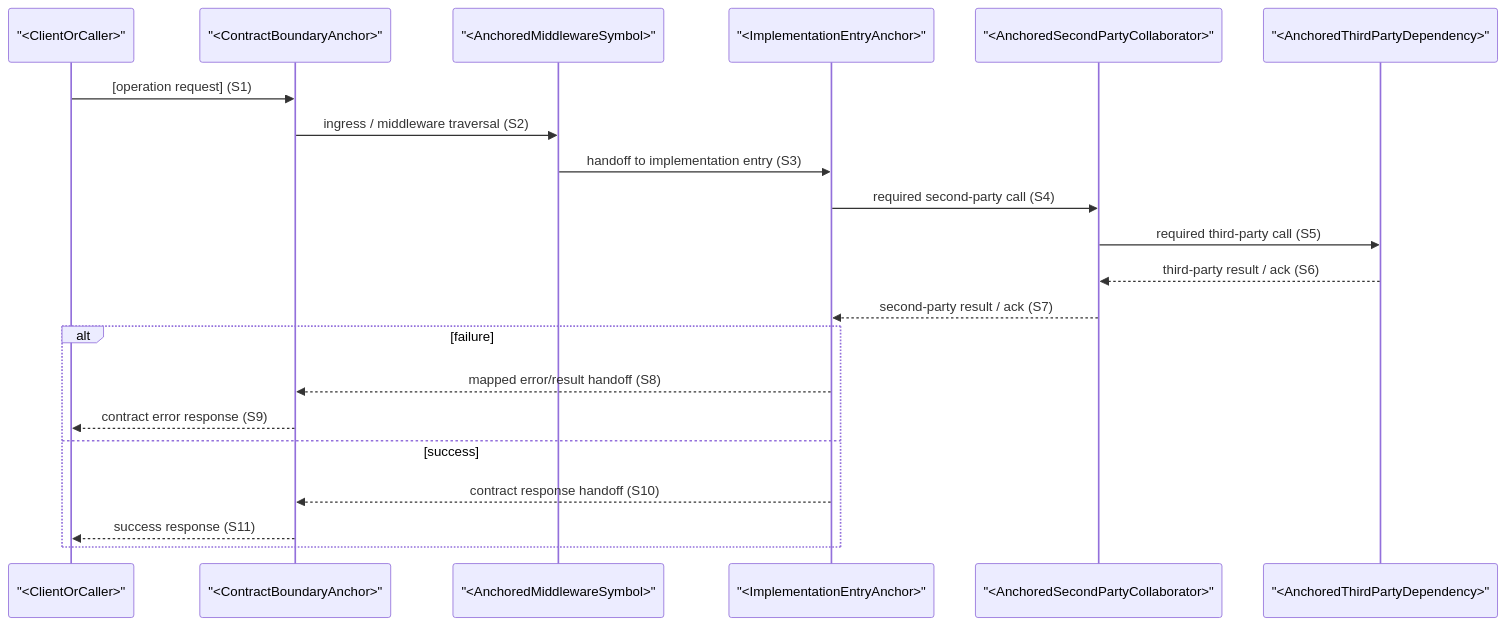
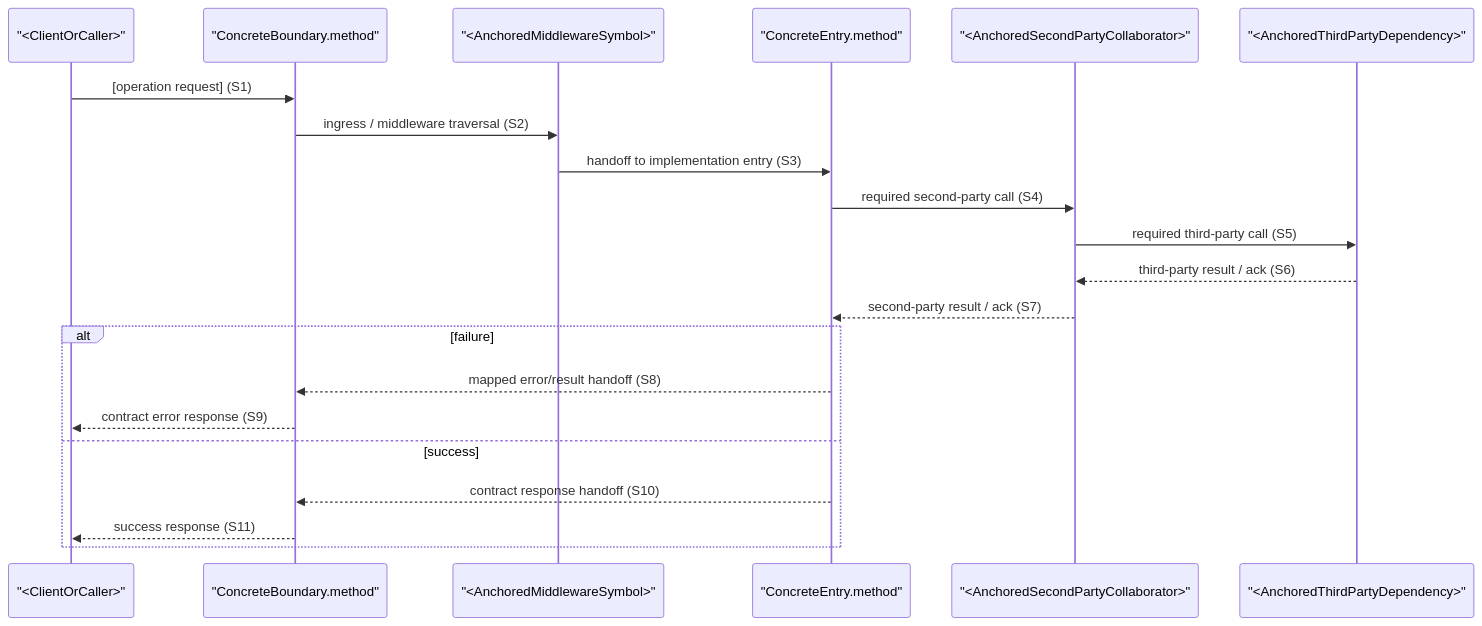
Before and after one commit to bigsmartben/sdd: the third of 4 diagrams in templates/contract-template.md, drawn with Mermaid. The commit also changed other lines of this file and 39 other files, not shown here.

````diff
--- a/templates/contract-template.md
+++ b/templates/contract-template.md
@@ -268,24 +215,24 @@
 ```mermaid
 sequenceDiagram
     participant Initiator as "<ClientOrCaller>"
-    participant Boundary as "<ContractBoundaryAnchor>"
+    participant Boundary as "ConcreteBoundary.method"
     participant Middleware as "<AnchoredMiddlewareSymbol>"
-    participant Entry as "<ImplementationEntryAnchor>"
+    participant Entry as "ConcreteEntry.method"
     participant SecondParty as "<AnchoredSecondPartyCollaborator>"
     participant ThirdParty as "<AnchoredThirdPartyDependency>"
 
     Initiator->>Boundary: [operation request] (S1)
     Boundary->>Middleware: ingress / middleware traversal (S2)
     Middleware->>Entry: handoff to implementation entry (S3)
     Entry->>SecondParty: required second-party call (S4)
     SecondParty->>ThirdParty: required third-party call (S5)
     ThirdParty-->>SecondParty: third-party result / ack (S6)
     SecondParty-->>Entry: second-party result / ack (S7)
     alt failure
         Entry-->>Boundary: mapped error/result handoff (S8)
         Boundary-->>Initiator: contract error response (S9)
     else success
         Entry-->>Boundary: contract response handoff (S10)
         Boundary-->>Initiator: success response (S11)
     end
 ```
````
